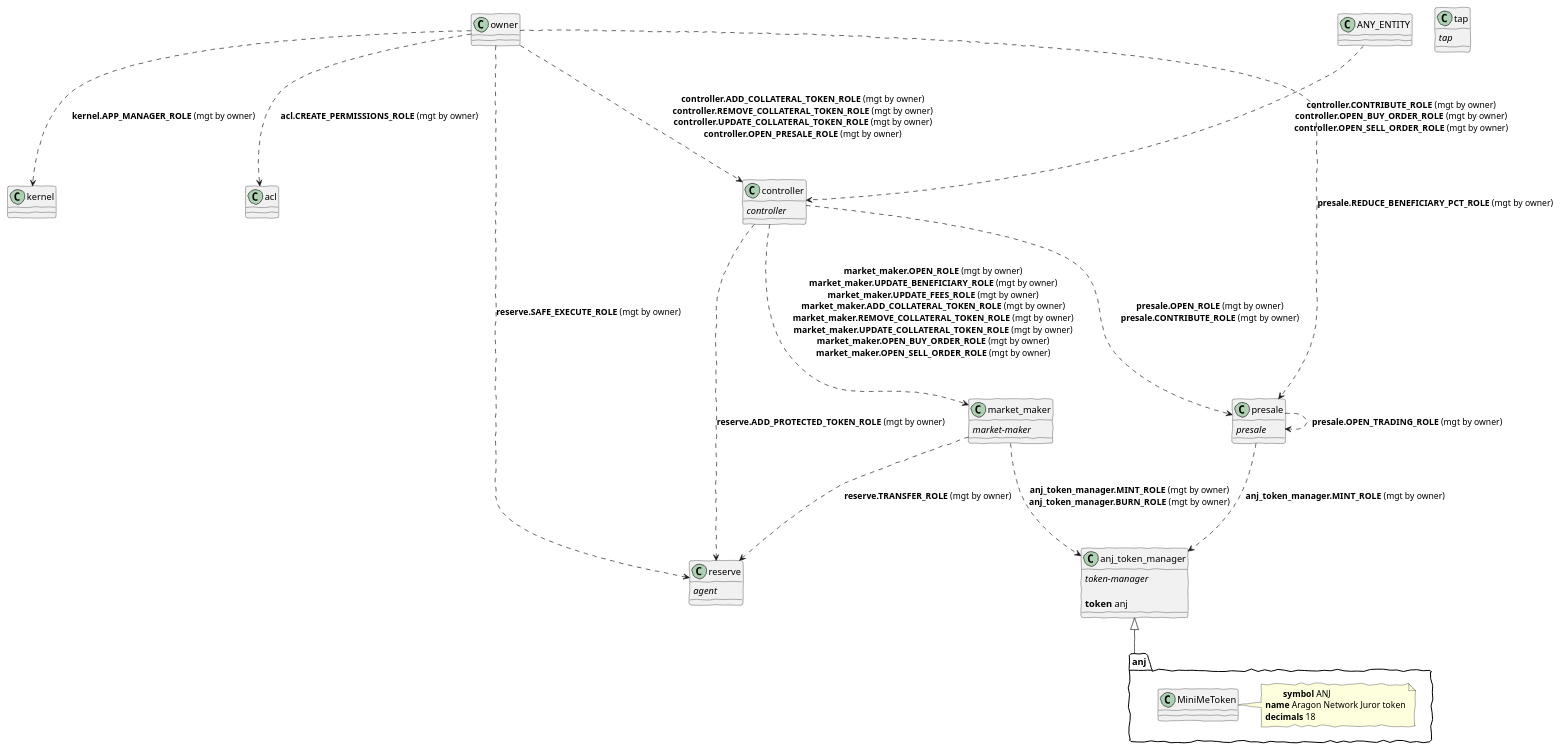
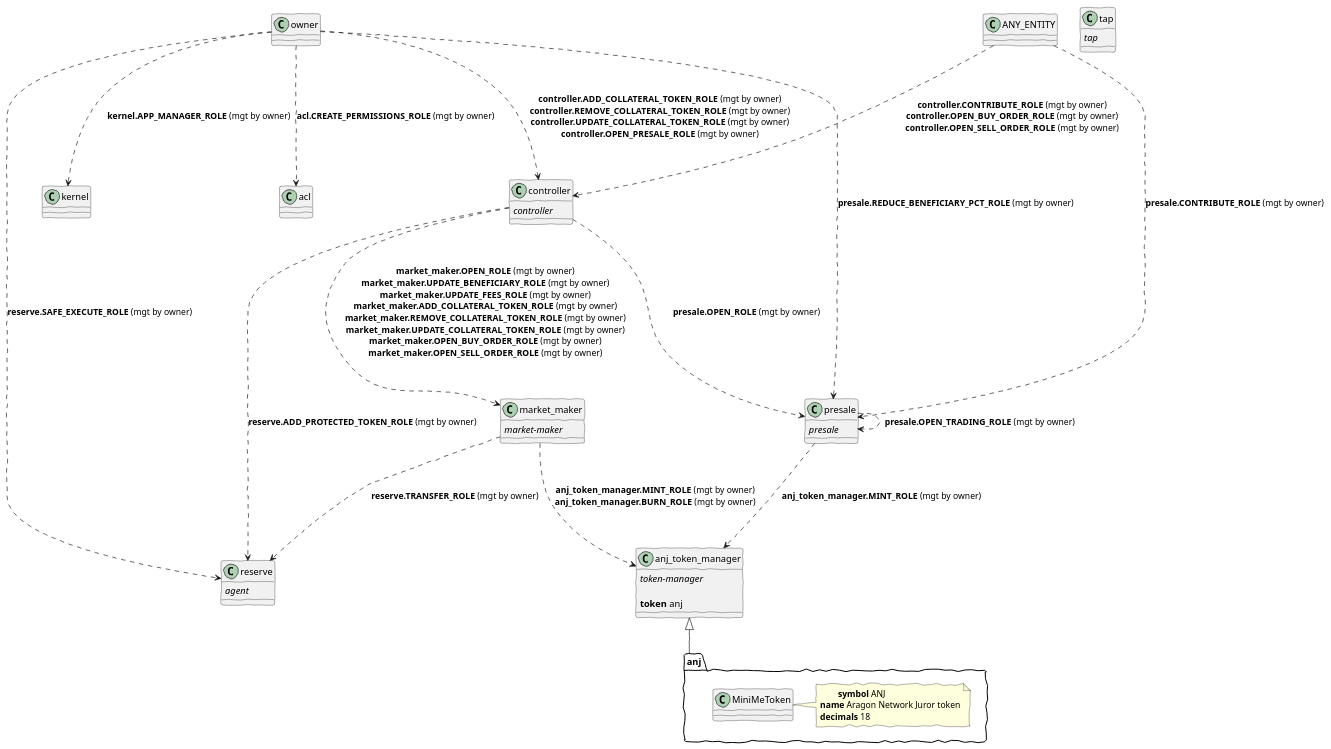
Before and after one commit to aragonone/court-presale: the diagram in template/eopbc.plantuml, drawn with PlantUML. The commit also changed 5 other files, not shown here.

Commit message:
Template: open presale CONTRIBUTE_ROLE

```diff
--- a/template/eopbc.plantuml
+++ b/template/eopbc.plantuml
@@ -1,74 +1,75 @@
 @startuml eopbc
 ' -- options --
 allowmixing
 skinparam handwritten true
 ' -- tokens --
 
 package anj {
     class MiniMeToken
     note right
     	**symbol** ANJ
 	**name** Aragon Network Juror token
 	**decimals** 18
     end note
 }
 ' -- apps --
 
 class controller {
     {abstract}controller
 
     
 }
 
 
 class reserve {
     {abstract}agent
 
     
 }
 
 
 class market_maker {
     {abstract}market-maker
 
     
 }
 
 
 class presale {
     {abstract}presale
 
     
 }
 
 
 class tap {
     {abstract}tap
 
     
 }
 
 
 class anj_token_manager {
     {abstract}token-manager
 
     	**token** anj
 }
 
 anj_token_manager <|-- anj
 ' -- permissions --
 owner ...> kernel: **kernel.APP_MANAGER_ROLE** (mgt by owner)
 owner ...> acl: **acl.CREATE_PERMISSIONS_ROLE** (mgt by owner)
 market_maker ...> anj_token_manager: **anj_token_manager.MINT_ROLE** (mgt by owner)\n**anj_token_manager.BURN_ROLE** (mgt by owner)
 presale ...> anj_token_manager: **anj_token_manager.MINT_ROLE** (mgt by owner)
 owner ...> reserve: **reserve.SAFE_EXECUTE_ROLE** (mgt by owner)
 controller ...> reserve: **reserve.ADD_PROTECTED_TOKEN_ROLE** (mgt by owner)
 market_maker ...> reserve: **reserve.TRANSFER_ROLE** (mgt by owner)
-controller ...> presale: **presale.OPEN_ROLE** (mgt by owner)\n**presale.CONTRIBUTE_ROLE** (mgt by owner)
+controller ...> presale: **presale.OPEN_ROLE** (mgt by owner)
 owner ...> presale: **presale.REDUCE_BENEFICIARY_PCT_ROLE** (mgt by owner)
+ANY_ENTITY ...> presale: **presale.CONTRIBUTE_ROLE** (mgt by owner)
 controller ...> market_maker: **market_maker.OPEN_ROLE** (mgt by owner)\n**market_maker.UPDATE_BENEFICIARY_ROLE** (mgt by owner)\n**market_maker.UPDATE_FEES_ROLE** (mgt by owner)\n**market_maker.ADD_COLLATERAL_TOKEN_ROLE** (mgt by owner)\n**market_maker.REMOVE_COLLATERAL_TOKEN_ROLE** (mgt by owner)\n**market_maker.UPDATE_COLLATERAL_TOKEN_ROLE** (mgt by owner)\n**market_maker.OPEN_BUY_ORDER_ROLE** (mgt by owner)\n**market_maker.OPEN_SELL_ORDER_ROLE** (mgt by owner)
 owner ...> controller: **controller.ADD_COLLATERAL_TOKEN_ROLE** (mgt by owner)\n**controller.REMOVE_COLLATERAL_TOKEN_ROLE** (mgt by owner)\n**controller.UPDATE_COLLATERAL_TOKEN_ROLE** (mgt by owner)\n**controller.OPEN_PRESALE_ROLE** (mgt by owner)
 presale ...> presale: **presale.OPEN_TRADING_ROLE** (mgt by owner)
 ANY_ENTITY ...> controller: **controller.CONTRIBUTE_ROLE** (mgt by owner)\n**controller.OPEN_BUY_ORDER_ROLE** (mgt by owner)\n**controller.OPEN_SELL_ORDER_ROLE** (mgt by owner)
 
 @enduml
```
